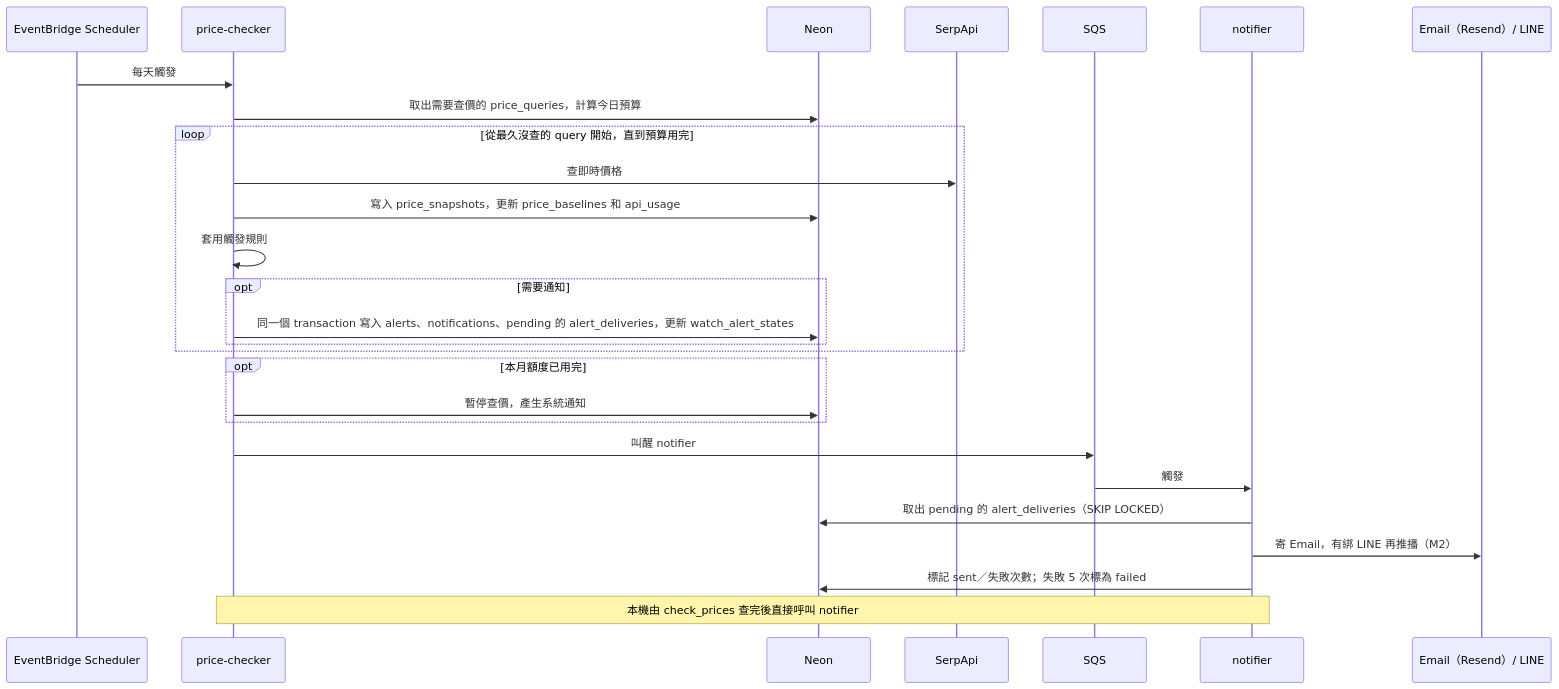
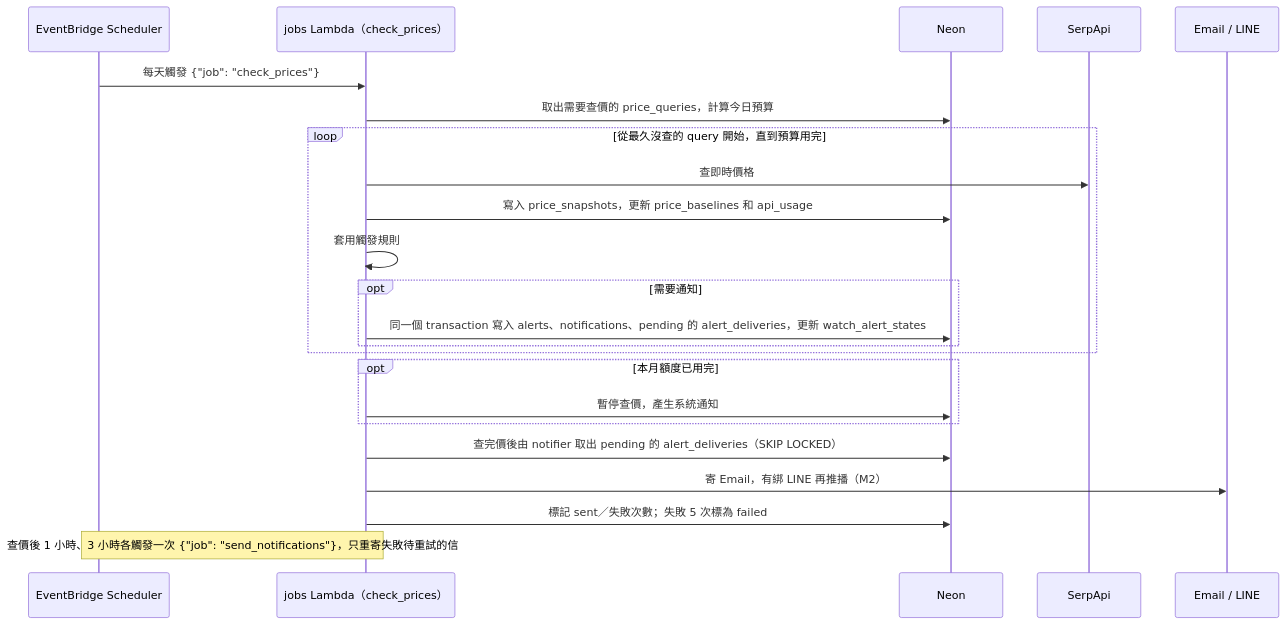
The second of 5 diagrams in docs/02-design.md (Hao007186/TicketTrack), drawn with Mermaid before and after one commit. The commit also changed other lines of this file and 6 other files, not shown here.

Commit message:
docs: 拿掉 SQS，改成 api 與 jobs 兩個 Lambda

````diff
--- a/docs/02-design.md
+++ b/docs/02-design.md
@@ -110,30 +113,26 @@
 ```mermaid
 sequenceDiagram
     participant EB as EventBridge Scheduler
-    participant C as price-checker
+    participant C as jobs Lambda（check_prices）
     participant DB as Neon
     participant SA as SerpApi
-    participant Q as SQS
-    participant N as notifier
-    participant CH as Email（Resend）/ LINE
+    participant CH as Email / LINE
 
-    EB->>C: 每天觸發
+    EB->>C: 每天觸發 {"job": "check_prices"}
     C->>DB: 取出需要查價的 price_queries，計算今日預算
     loop 從最久沒查的 query 開始，直到預算用完
         C->>SA: 查即時價格
         C->>DB: 寫入 price_snapshots，更新 price_baselines 和 api_usage
         C->>C: 套用觸發規則
         opt 需要通知
             C->>DB: 同一個 transaction 寫入 alerts、notifications、pending 的 alert_deliveries，更新 watch_alert_states
         end
     end
     opt 本月額度已用完
         C->>DB: 暫停查價，產生系統通知
     end
-    C->>Q: 叫醒 notifier
-    Q->>N: 觸發
-    N->>DB: 取出 pending 的 alert_deliveries（SKIP LOCKED）
-    N->>CH: 寄 Email，有綁 LINE 再推播（M2）
-    N->>DB: 標記 sent／失敗次數；失敗 5 次標為 failed
-    Note over C,N: 本機由 check_prices 查完後直接呼叫 notifier
+    C->>DB: 查完價後由 notifier 取出 pending 的 alert_deliveries（SKIP LOCKED）
+    C->>CH: 寄 Email，有綁 LINE 再推播（M2）
+    C->>DB: 標記 sent／失敗次數；失敗 5 次標為 failed
+    Note over EB,C: 查價後 1 小時、3 小時各觸發一次 {"job": "send_notifications"}，只重寄失敗待重試的信
 ```
````
